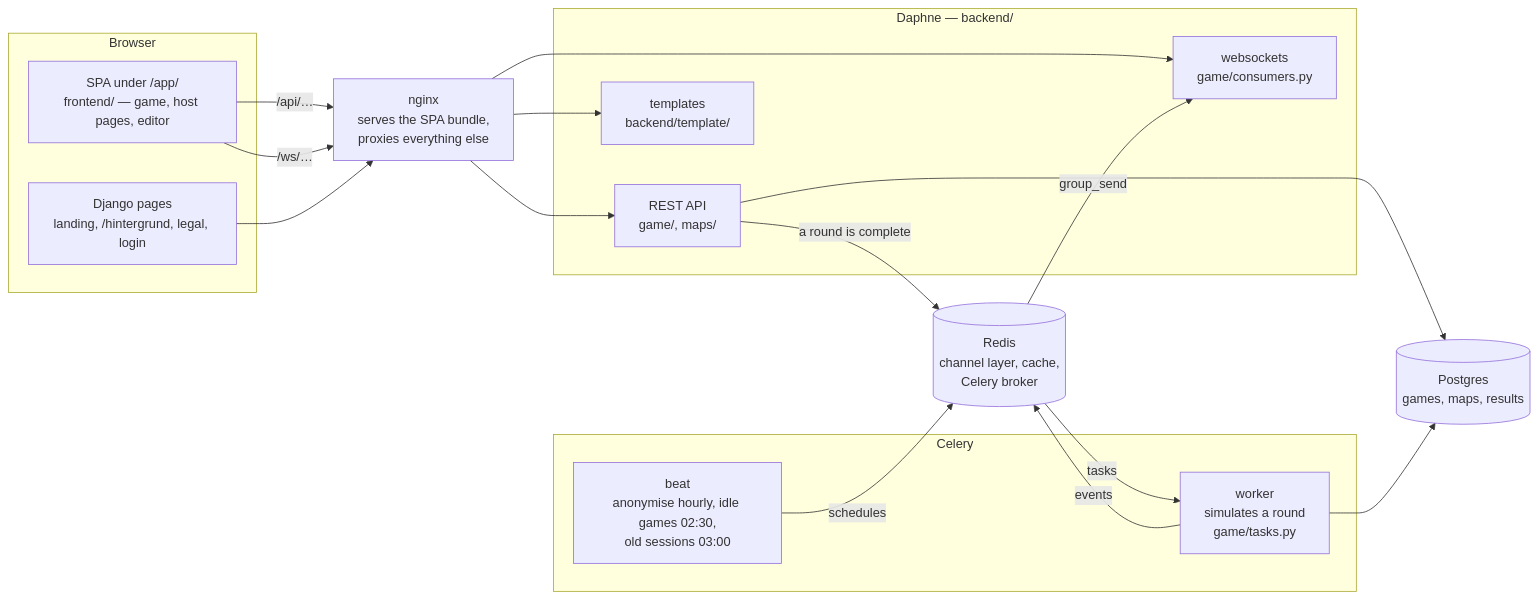
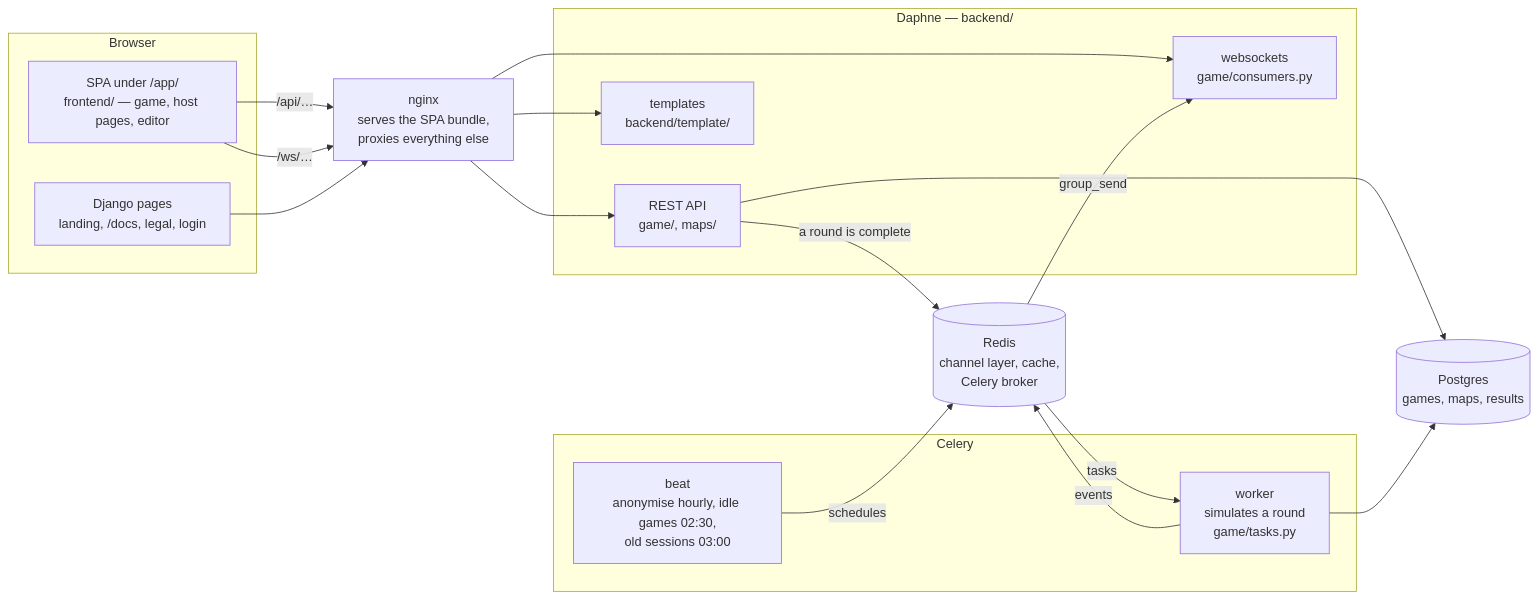
One commit to luke-hirsch/co2mmute changed the first of 12 diagrams in docs/en-flowcharts.md. Above: the diagram before and after it, drawn with Mermaid. The commit also changed 53 other files, not shown here.

````diff
--- a/docs/en-flowcharts.md
+++ b/docs/en-flowcharts.md
@@ -26,33 +26,33 @@
 ```mermaid
 flowchart LR
     subgraph browser["Browser"]
         spa["SPA under /app/<br>frontend/ — game, host pages, editor"]
-        pages["Django pages<br>landing, /hintergrund, legal, login"]
+        pages["Django pages<br>landing, /docs, legal, login"]
     end
     nginx["nginx<br>serves the SPA bundle,<br>proxies everything else"]
     subgraph daphne["Daphne — backend/"]
         rest["REST API<br>game/, maps/"]
         tpl["templates<br>backend/template/"]
         ws["websockets<br>game/consumers.py"]
     end
     subgraph celery["Celery"]
         worker["worker<br>simulates a round<br>game/tasks.py"]
         beat["beat<br>anonymise hourly, idle games 02:30,<br>old sessions 03:00"]
     end
     pg[("Postgres<br>games, maps, results")]
     redis[("Redis<br>channel layer, cache,<br>Celery broker")]
 
     spa -->|"/api/…"| nginx
     spa -->|"/ws/…"| nginx
     pages --> nginx
     nginx --> rest
     nginx --> tpl
     nginx --> ws
     rest --> pg
     rest -->|"a round is complete"| redis
     beat -->|"schedules"| redis
     redis -->|"tasks"| worker
     worker --> pg
     worker -->|"events"| redis
     redis -->|"group_send"| ws
 ```
````
